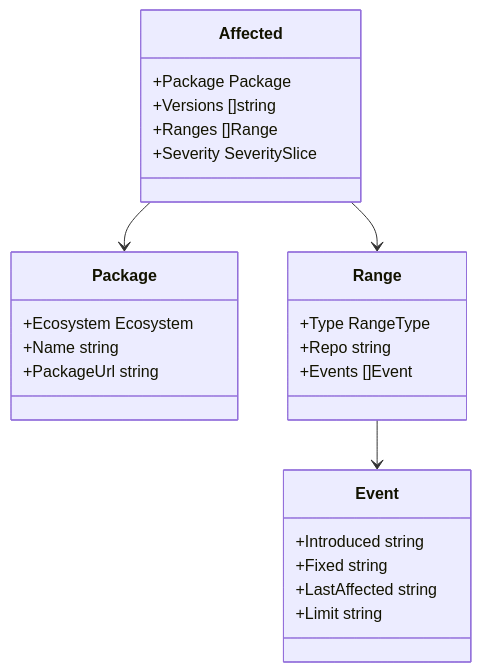
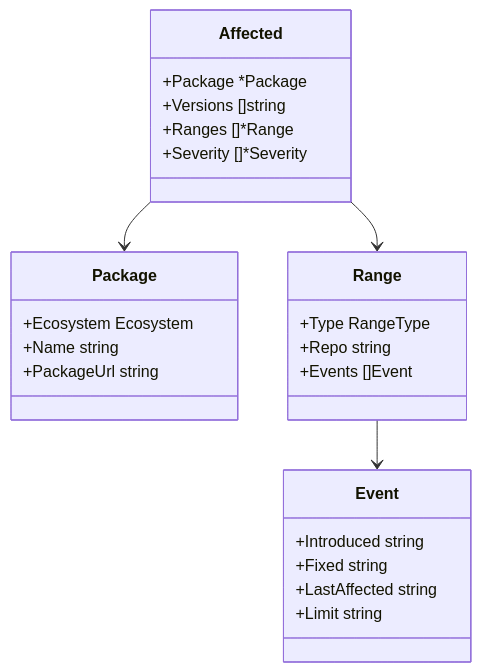
Before and after one commit to scagogogo/osv-schema-skills: the second of 5 diagrams in website/guide/skills/affected.md, drawn with Mermaid. The commit also changed other lines of this file and 1 other file, not shown here.

Commit message:
docs(website): align affected.md classDiagram field types with source (EN+ZH)
The affected skill's classDiagram drew Affected fields as value types
(Package, []Range, SeveritySlice) — but the source (affected.go:107,110,
113) is *Package, []*Range, []*Severity. SeveritySlice is the top-level
OsvSchema.Severity alias, not the Affected.Severity field type, so
labeling it SeveritySlice was doubly wrong. Now matches the osv-schema.md
classDiagram edited in the previous commit, so the two pages draw the
same Affected consistently.

Also normalize "per-package" → "per-affected" in three spots (graph TD
node label + Notes bullet, both langs): affected-level severity scopes
to the affected entry/range, not to "a package".

````diff
--- a/website/guide/skills/affected.md
+++ b/website/guide/skills/affected.md
@@ -59,28 +59,28 @@
 ```mermaid
 classDiagram
   class Affected {
-    +Package Package
+    +Package *Package
     +Versions []string
-    +Ranges []Range
-    +Severity SeveritySlice
+    +Ranges []*Range
+    +Severity []*Severity
   }
   class Package {
     +Ecosystem Ecosystem
     +Name string
     +PackageUrl string
   }
   class Range {
     +Type RangeType
     +Repo string
     +Events []Event
   }
   class Event {
     +Introduced string
     +Fixed string
     +LastAffected string
     +Limit string
   }
   Affected --> Package
   Affected --> Range
   Range --> Event
 ```
````
